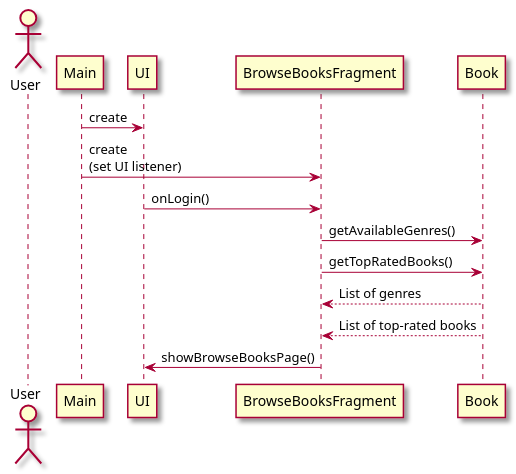
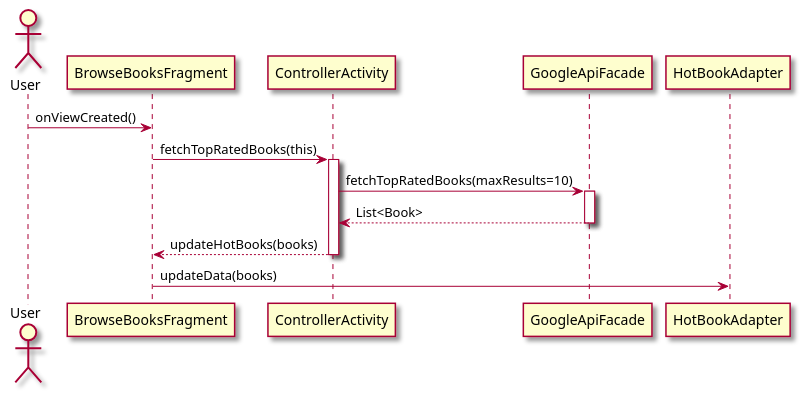
Before and after one commit to Khurshid03/team-2b: the second of 3 diagrams in intellij/doc/use-cases/browse_books.md, drawn with PlantUML. The commit also changed other lines of this file and 12 other files, not shown here.

Commit message:
Updated the use cases and their sequence diagrams

````diff
--- a/intellij/doc/use-cases/browse_books.md
+++ b/intellij/doc/use-cases/browse_books.md
@@ -59,24 +59,25 @@
 ```plantuml
 @startuml
 skin rose
 actor User
-participant Main
-participant UI
 participant BrowseBooksFragment
-participant Book
+participant ControllerActivity
+participant GoogleApiFacade
+participant HotBookAdapter
 
-Main -> UI : create
-Main -> BrowseBooksFragment : create\n(set UI listener)
-UI -> BrowseBooksFragment : onLogin()
+User -> BrowseBooksFragment     : onViewCreated()
+BrowseBooksFragment -> ControllerActivity : fetchTopRatedBooks(this)
+activate ControllerActivity
 
-BrowseBooksFragment -> Book : getAvailableGenres()
-BrowseBooksFragment -> Book : getTopRatedBooks()
+ControllerActivity -> GoogleApiFacade      : fetchTopRatedBooks(maxResults=10)
+activate GoogleApiFacade
 
-Book --> BrowseBooksFragment : List of genres
-Book --> BrowseBooksFragment : List of top-rated books
+GoogleApiFacade --> ControllerActivity     : List<Book>
+deactivate GoogleApiFacade
 
-BrowseBooksFragment -> UI : showBrowseBooksPage()
+ControllerActivity --> BrowseBooksFragment : updateHotBooks(books)
+deactivate ControllerActivity
 
+BrowseBooksFragment -> HotBookAdapter      : updateData(books)
 @enduml
-
 ```
````
